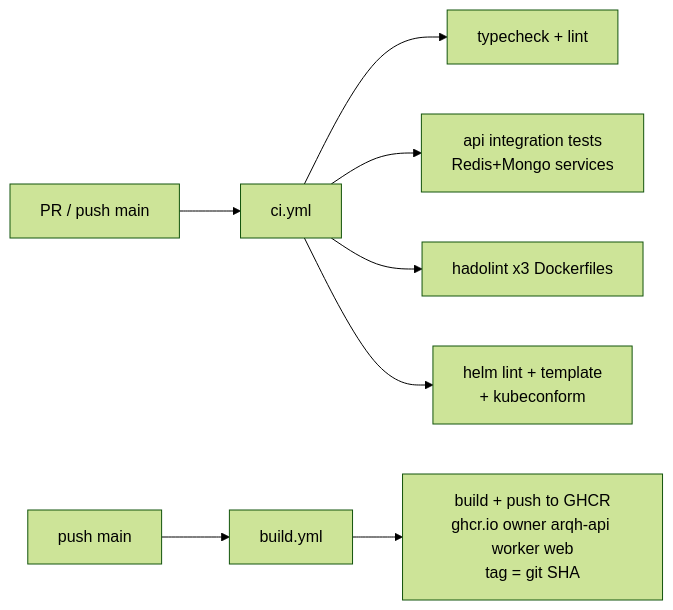
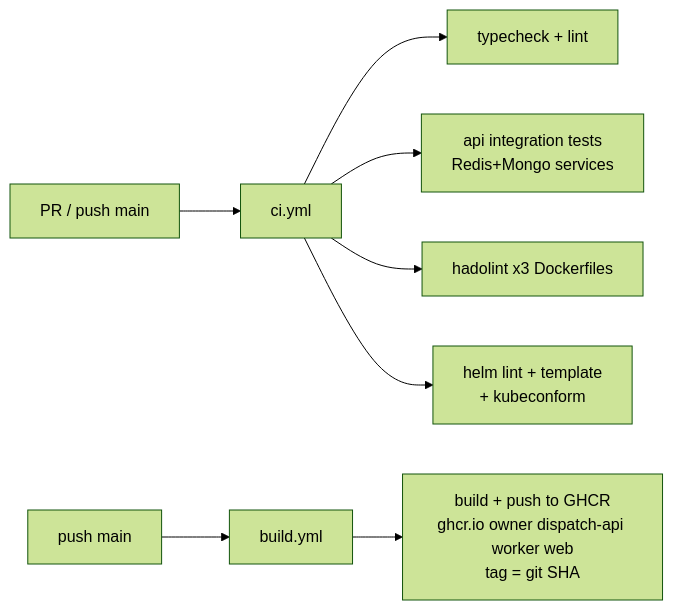
Before and after one commit to eqan/Scalable-Fleet-Dispatcher: the tenth of 12 diagrams in README.md, drawn with Mermaid (forest theme). The commit also changed other lines of this file and 75 other files, not shown here.

````diff
--- a/README.md
+++ b/README.md
@@ -494,11 +494,11 @@
 ```mermaid
 flowchart LR
   PR["PR / push main"] --> CI["ci.yml"]
   CI --> T["typecheck + lint"]
   CI --> I["api integration tests<br/>Redis+Mongo services"]
   CI --> H["hadolint x3 Dockerfiles"]
   CI --> V["helm lint + template<br/>+ kubeconform"]
 
   MAIN["push main"] --> B["build.yml"]
-  B --> P["build + push to GHCR<br/>ghcr.io owner arqh-api worker web<br/>tag = git SHA"]
+  B --> P["build + push to GHCR<br/>ghcr.io owner dispatch-api worker web<br/>tag = git SHA"]
 ```
````
